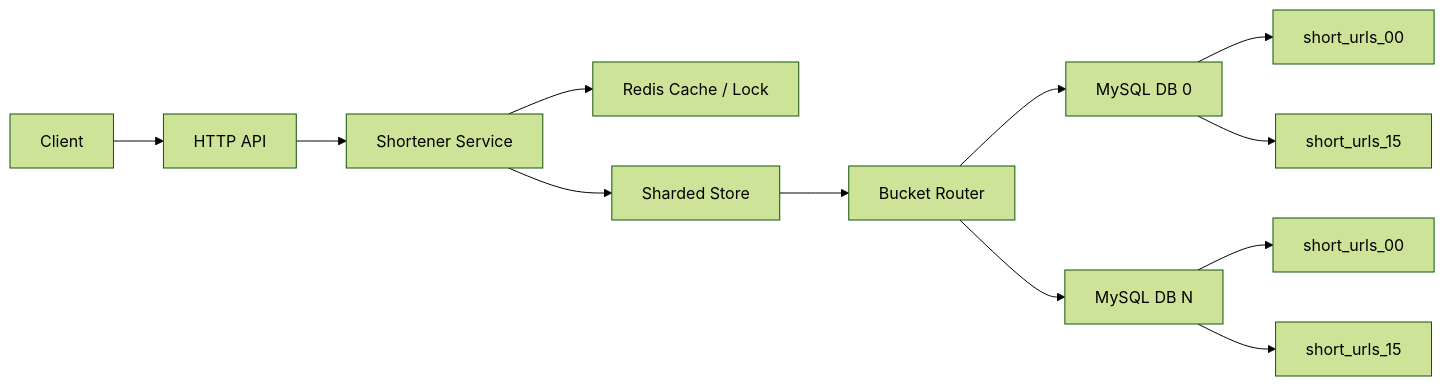
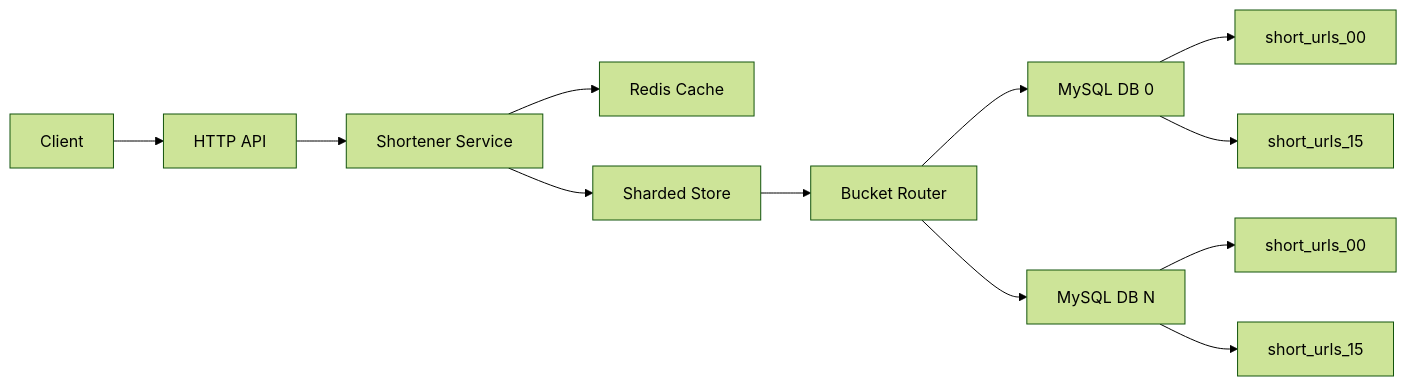
One commit to serendipityConfusion/short-url changed the first of 5 diagrams in README.md. Above: the diagram before and after it, drawn with Mermaid (forest theme). The commit also changed other lines of this file and 8 other files, not shown here.

````diff
--- a/README.md
+++ b/README.md
@@ -17,14 +18,14 @@
 ```mermaid
 flowchart LR
   client["Client"] --> api["HTTP API"]
   api --> shortener["Shortener Service"]
-  shortener --> redis["Redis Cache / Lock"]
+  shortener --> redis["Redis Cache"]
   shortener --> store["Sharded Store"]
   store --> router["Bucket Router"]
   router --> db0["MySQL DB 0"]
   router --> dbn["MySQL DB N"]
   db0 --> t00["short_urls_00"]
   db0 --> t15["short_urls_15"]
   dbn --> tn0["short_urls_00"]
   dbn --> tn15["short_urls_15"]
 ```
````
